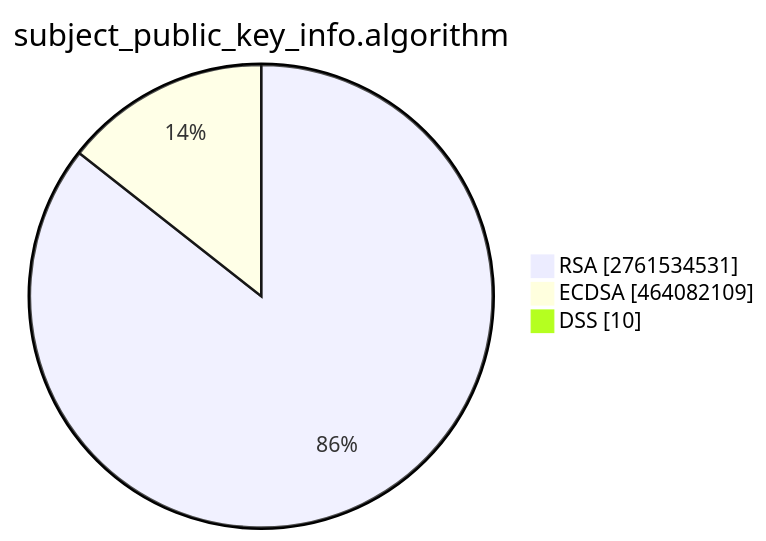
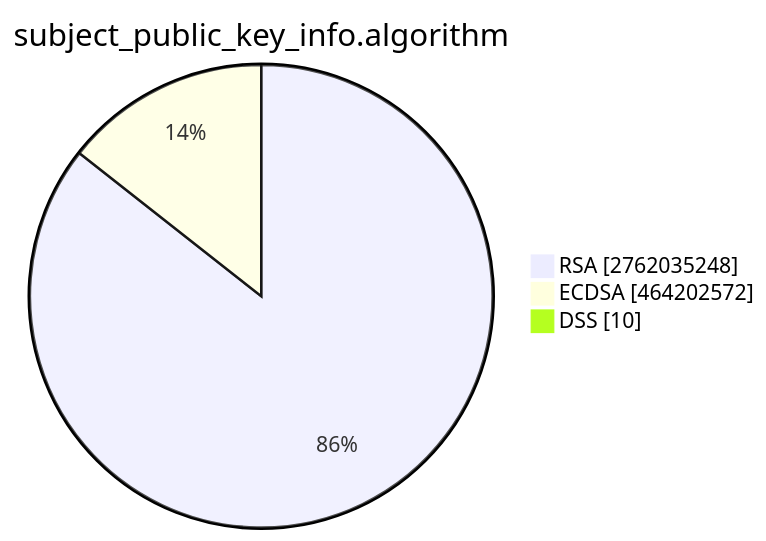
The second of 15 diagrams in TOTAL/README.md (christiankrug/ctmonitor_visualization), drawn with Mermaid before and after one commit. The commit also changed other lines of this file, not shown here.

````diff
--- a/TOTAL/README.md
+++ b/TOTAL/README.md
@@ -6,7 +6,7 @@
 ```mermaid
 pie showData
 title subject_public_key_info.algorithm
-"RSA" :2761534531
-"ECDSA" :464082109
+"RSA" :2762035248
+"ECDSA" :464202572
 "DSS" :10
 ```
````
